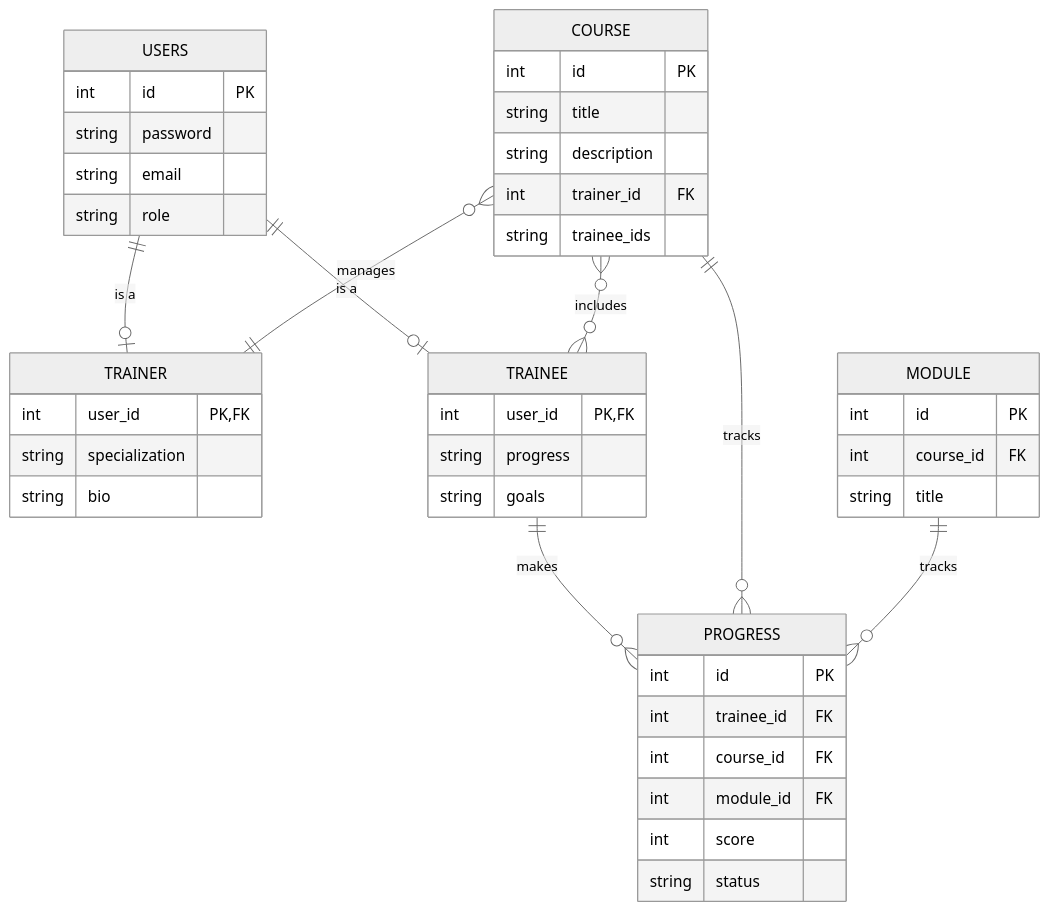
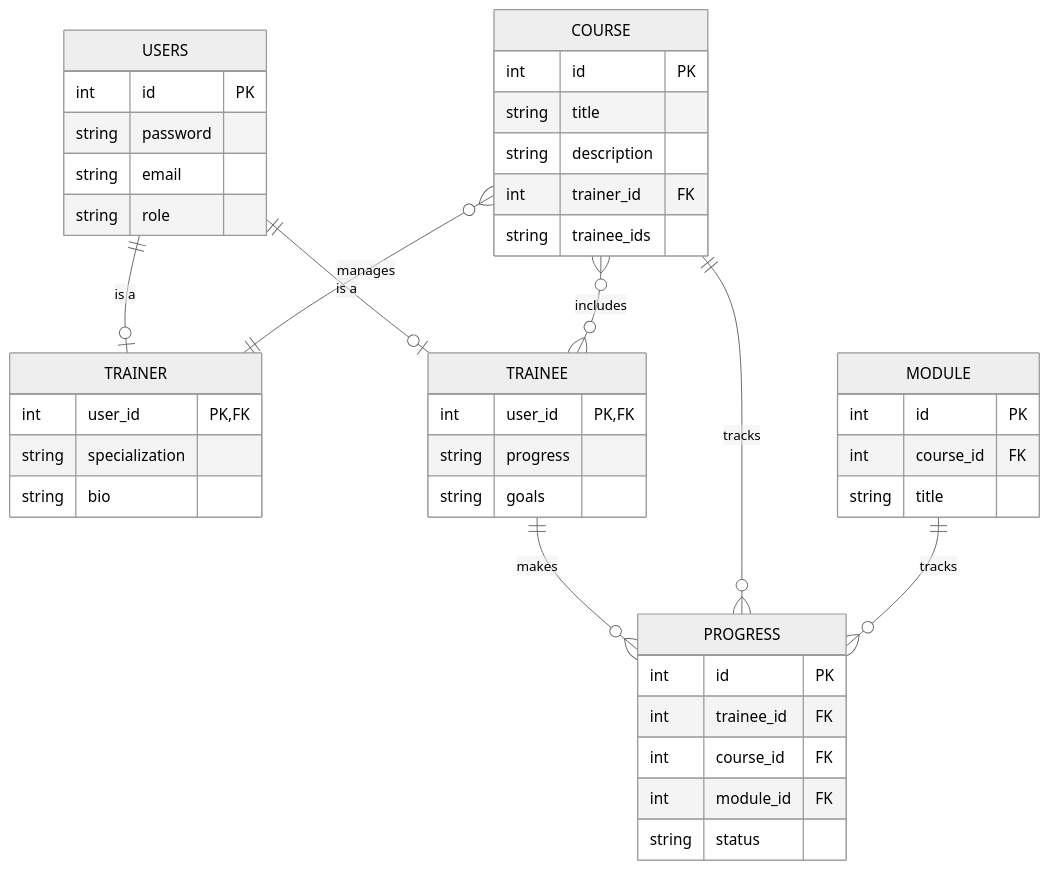
Before and after one commit to erin-airship/training-platform: the second of 2 diagrams in README.md, drawn with Mermaid (neutral theme). The commit also changed other lines of this file and 15 other files, not shown here.

````diff
--- a/README.md
+++ b/README.md
@@ -139,52 +138,51 @@
 ``` mermaid
 erDiagram
     USERS {
         int id PK
         string password
         string email
         string role
     }
 
     TRAINER {
         int user_id PK, FK
         string specialization
         string bio
     }
 
     TRAINEE {
         int user_id PK, FK
         string progress
         string goals
     }
 
     COURSE {
         int id PK
         string title
         string description
         int trainer_id FK
         string trainee_ids
     }
 
     MODULE {
         int id PK
         int course_id FK
         string title
     }
 
     PROGRESS {
         int id PK
         int trainee_id FK
         int course_id FK
         int module_id FK
-        int score
         string status
     }
 
     USERS ||--o| TRAINER: "is a"
     USERS ||--o| TRAINEE: "is a"
     COURSE }o--|| TRAINER: "manages"
     COURSE }o--o{ TRAINEE: "includes"
     TRAINEE ||--o{ PROGRESS: "makes"
     COURSE ||--o{ PROGRESS: "tracks"
     MODULE ||--o{ PROGRESS: "tracks"
 ```
````
